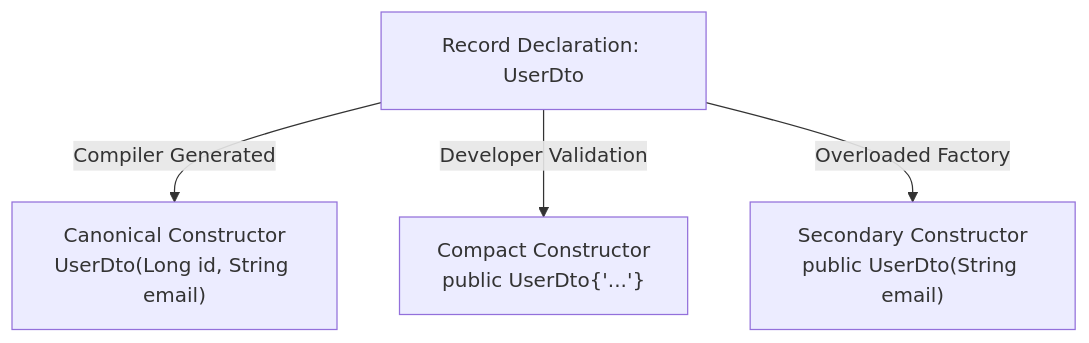
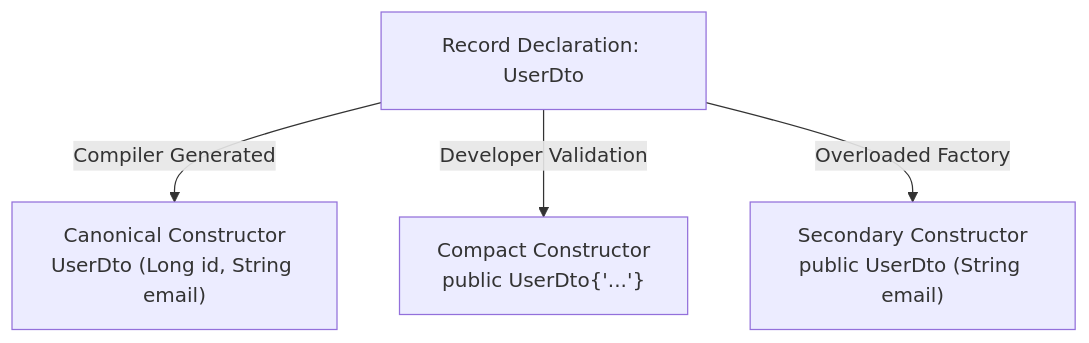
The diagram in content/questions/language/java/java-record-canonical-compact-constructor.md (pploc/swe-icon-the-moment), drawn with Mermaid before and after one commit. The commit also changed 95 other files, not shown here.

Commit message:
fix: update the practice mode diagram bug not display

````diff
--- a/content/questions/language/java/java-record-canonical-compact-constructor.md
+++ b/content/questions/language/java/java-record-canonical-compact-constructor.md
@@ -19,10 +19,11 @@
 ```mermaid
 flowchart TD
     Record["Record Declaration: UserDto"]
-    Record -->|Compiler Generated| Canonical["Canonical Constructor\nUserDto(Long id, String email)"]
+    Record -->|Compiler Generated| Canonical["Canonical Constructor\nUserDto (Long id, String email)"]
     Record -->|Developer Validation| Compact["Compact Constructor\npublic UserDto{'...'}"]
-    Record -->|Overloaded Factory| Secondary["Secondary Constructor\npublic UserDto(String email)"]
+    Record -->|Overloaded Factory| Secondary["Secondary Constructor\npublic UserDto (String email)"]
+
 
 
 
 ```
````
